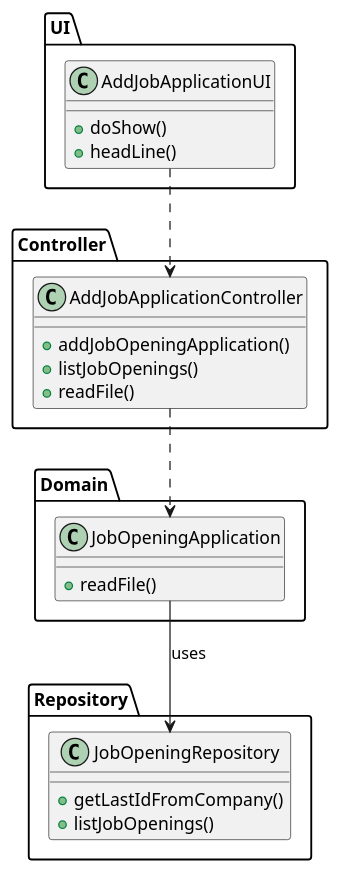
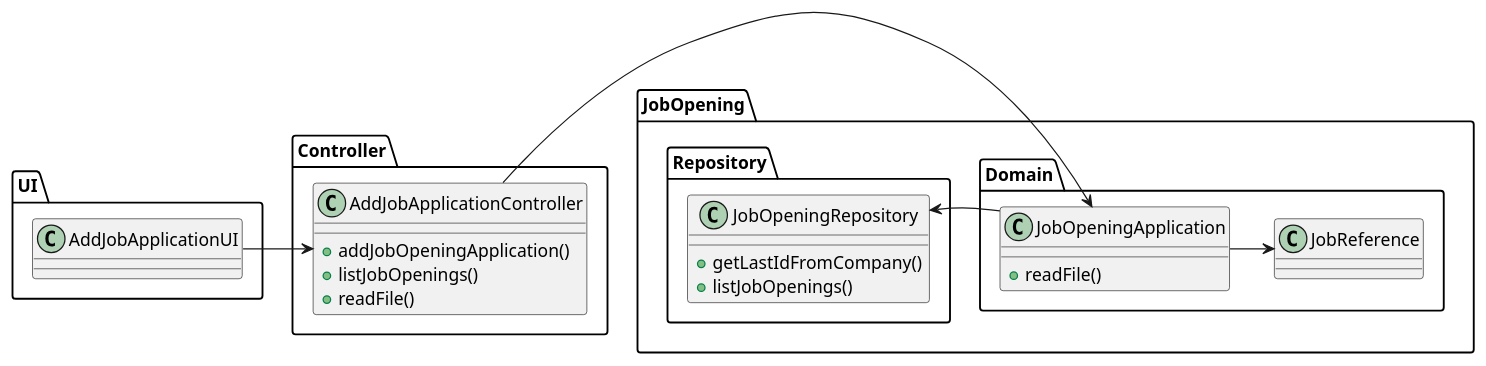
Before and after one commit to marcoferreira37/Lapr4: the diagram in docs/sprintB/2002/2002-class-diagram.puml, drawn with PlantUML. The commit also changed 2 other files, not shown here.

```diff
--- a/docs/sprintB/2002/2002-class-diagram.puml
+++ b/docs/sprintB/2002/2002-class-diagram.puml
@@ -1,41 +1,42 @@
 @startuml
 
 package UI{
     class AddJobApplicationUI{
-    +doShow()
-    +headLine()
     }
 }
 
 package Controller{
     class AddJobApplicationController{
     +addJobOpeningApplication()
     +listJobOpenings()
     +readFile()
 
     }
 }
-
+package JobOpening{
 package Domain{
+ class JobReference{
+ }
 
 
     class JobOpeningApplication{
     +readFile()
     }
-
 }
 
 package Repository{
     class JobOpeningRepository{
     +getLastIdFromCompany()
     +listJobOpenings()
     }
 }
 
-AddJobApplicationUI ..> AddJobApplicationController
+AddJobApplicationUI -> AddJobApplicationController
 
-AddJobApplicationController ..> JobOpeningApplication
+AddJobApplicationController -> JobOpeningApplication
 
-JobOpeningApplication --> JobOpeningRepository: uses
+JobOpeningApplication -> JobOpeningRepository
+
+JobOpeningApplication -> JobReference
 
 @enduml
```
